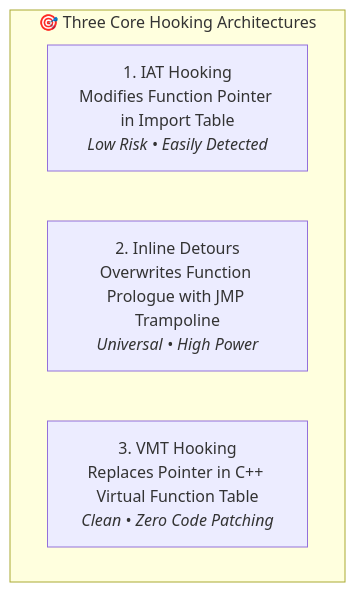
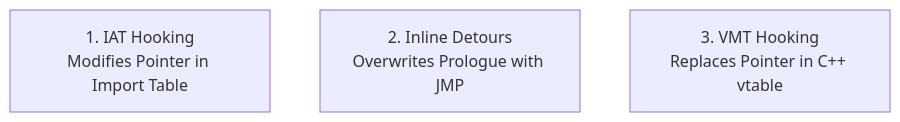
Before and after one commit to DaddyZyn/Cyber-security-notes: the fourth of 6 diagrams in topics/18-process-manipulation-and-hooking-mechanics/README.md, drawn with Mermaid. The commit also changed other lines of this file and 19 other files, not shown here.

Commit message:
fix: overhaul all Mermaid diagrams with clean vertical layouts and short line-wrapping to prevent GitHub clipping

````diff
--- a/topics/18-process-manipulation-and-hooking-mechanics/README.md
+++ b/topics/18-process-manipulation-and-hooking-mechanics/README.md
@@ -116,8 +112,6 @@
 ```mermaid
 flowchart TD
-    subgraph Hooking_Types["🎯 Three Core Hooking Architectures"]
-        H1["1. IAT Hooking<br>Modifies Function Pointer in Import Table<br><i>Low Risk • Easily Detected</i>"]
-        H2["2. Inline Detours<br>Overwrites Function Prologue with JMP Trampoline<br><i>Universal • High Power</i>"]
-        H3["3. VMT Hooking<br>Replaces Pointer in C++ Virtual Function Table<br><i>Clean • Zero Code Patching</i>"]
-    end
+    H1["1. IAT Hooking<br/>Modifies Pointer in Import Table"]
+    H2["2. Inline Detours<br/>Overwrites Prologue with JMP"]
+    H3["3. VMT Hooking<br/>Replaces Pointer in C++ vtable"]
 ```
````
